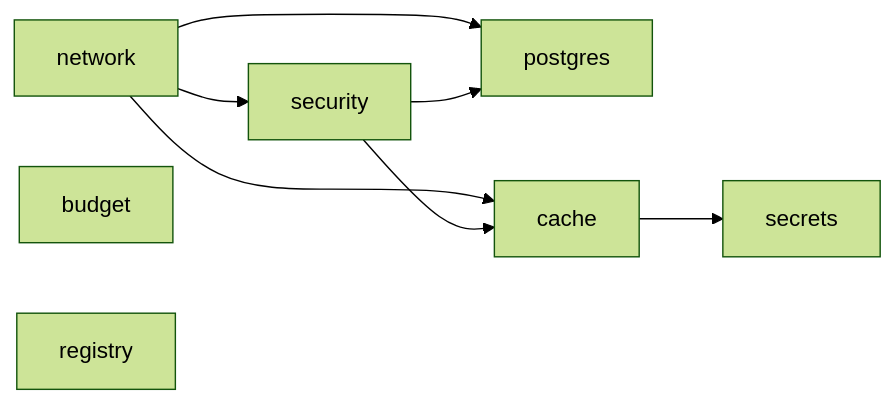
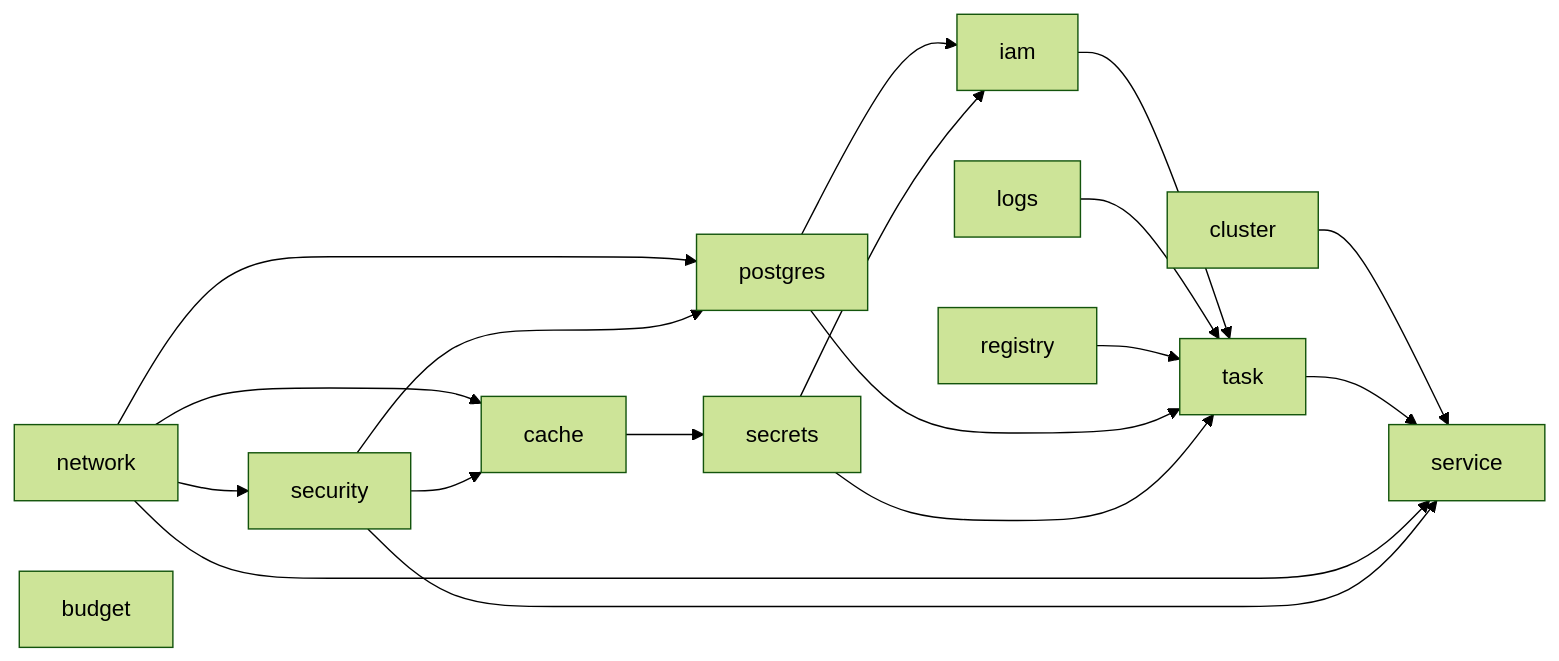
The third of 3 diagrams in docs/00-architecture.md (maheshnd/minitickets), drawn with Mermaid (forest theme) before and after one commit. The commit also changed other lines of this file and 23 other files, not shown here.

Commit message:
infra: ecs cluster + api service

````diff
--- a/docs/00-architecture.md
+++ b/docs/00-architecture.md
@@ -69,11 +80,21 @@
 ```mermaid
 flowchart LR
     network --> security
     network --> postgres
     security --> postgres
     network --> cache
     security --> cache
     cache --> secrets
+    postgres --> iam
+    secrets --> iam
+    iam --> task
+    logs --> task
+    registry --> task
+    postgres --> task
+    secrets --> task
+    cluster --> service
+    task --> service
+    network --> service
+    security --> service
     budget
-    registry
 ```
````
